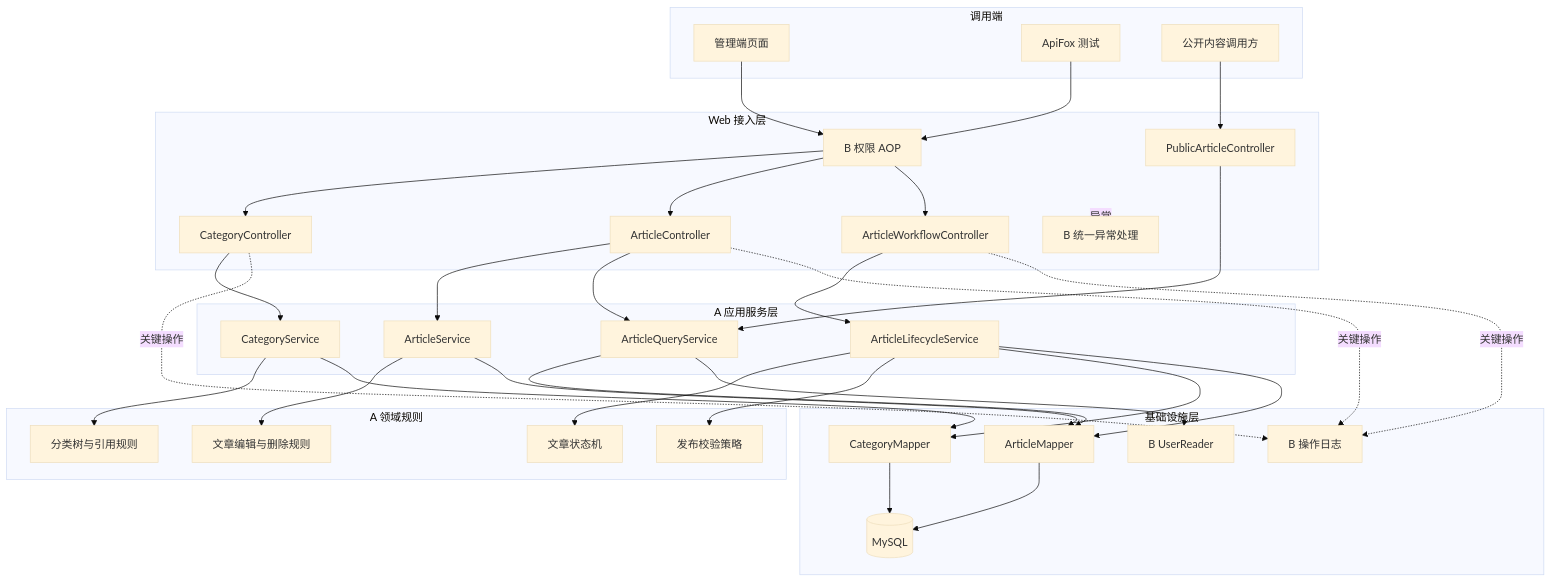
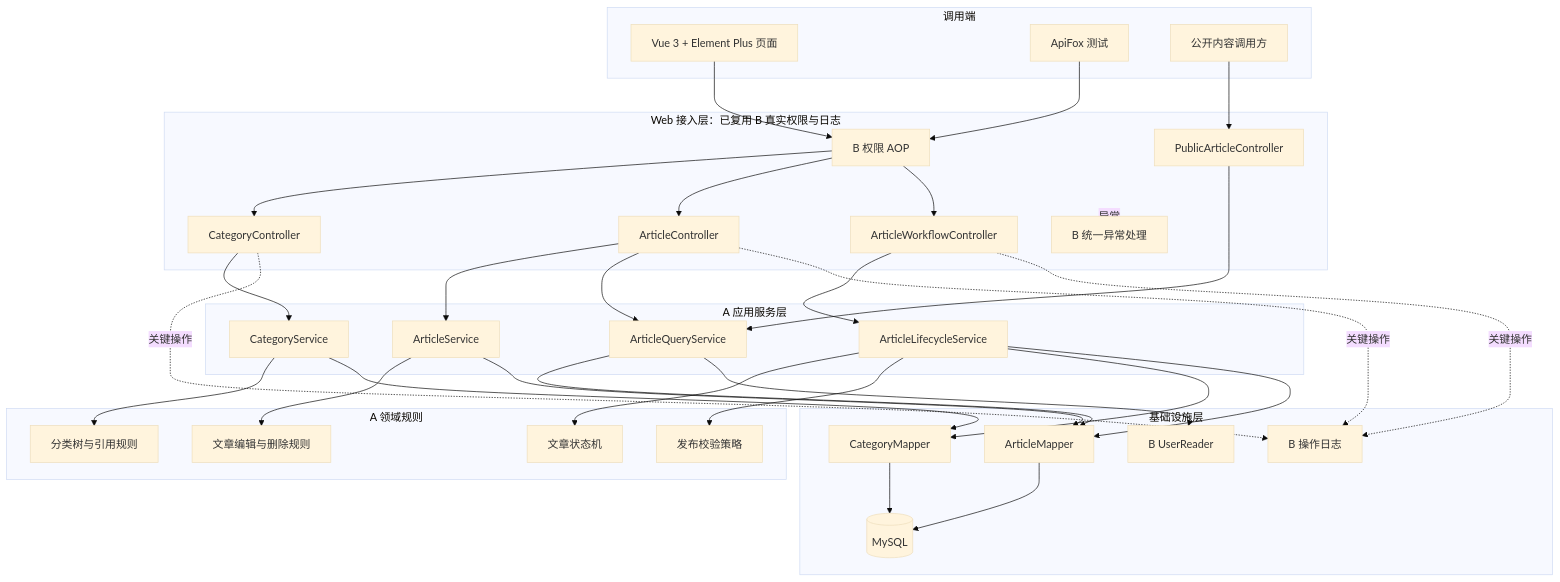
The first of 8 diagrams in docs/design/A模块架构设计.md (Zachery-Liu/enterprise-cms), drawn with Mermaid (base theme) before and after one commit. The commit also changed other lines of this file and 6 other files, not shown here.

````diff
--- a/docs/design/A模块架构设计.md
+++ b/docs/design/A模块架构设计.md
@@ -70,73 +73,73 @@
 ```mermaid
 flowchart TB
     subgraph Client[调用端]
-        AdminUI[管理端页面]
+        AdminUI[Vue 3 + Element Plus 页面]
         ApiFox[ApiFox 测试]
         PublicClient[公开内容调用方]
     end
 
-    subgraph Web[Web 接入层]
+    subgraph Web[Web 接入层：已复用 B 真实权限与日志]
         AuthAop[B 权限 AOP]
         CategoryController[CategoryController]
         ArticleController[ArticleController]
         WorkflowController[ArticleWorkflowController]
         PublicController[PublicArticleController]
         ExceptionHandler[B 统一异常处理]
     end
 
     subgraph Application[A 应用服务层]
         CategoryService[CategoryService]
         ArticleService[ArticleService]
         ArticleQueryService[ArticleQueryService]
         LifecycleService[ArticleLifecycleService]
     end
 
     subgraph Domain[A 领域规则]
         CategoryRules[分类树与引用规则]
         ArticleRules[文章编辑与删除规则]
         StateMachine[文章状态机]
         PublishPolicy[发布校验策略]
     end
 
     subgraph Infrastructure[基础设施层]
         CategoryMapper[CategoryMapper]
         ArticleMapper[ArticleMapper]
         UserReader[B UserReader]
         AuditLogger[B 操作日志]
         MySQL[(MySQL)]
     end
 
     AdminUI --> AuthAop
     ApiFox --> AuthAop
     AuthAop --> CategoryController
     AuthAop --> ArticleController
     AuthAop --> WorkflowController
     PublicClient --> PublicController
 
     CategoryController --> CategoryService
     ArticleController --> ArticleService
     ArticleController --> ArticleQueryService
     WorkflowController --> LifecycleService
     PublicController --> ArticleQueryService
 
     CategoryService --> CategoryRules
     ArticleService --> ArticleRules
     LifecycleService --> StateMachine
     LifecycleService --> PublishPolicy
 
     CategoryService --> CategoryMapper
     ArticleService --> ArticleMapper
     ArticleQueryService --> ArticleMapper
     ArticleQueryService --> UserReader
     LifecycleService --> CategoryMapper
     LifecycleService --> ArticleMapper
 
     CategoryMapper --> MySQL
     ArticleMapper --> MySQL
 
     CategoryController -.关键操作.-> AuditLogger
     ArticleController -.关键操作.-> AuditLogger
     WorkflowController -.关键操作.-> AuditLogger
 
     Web -.异常.-> ExceptionHandler
 ```
````
